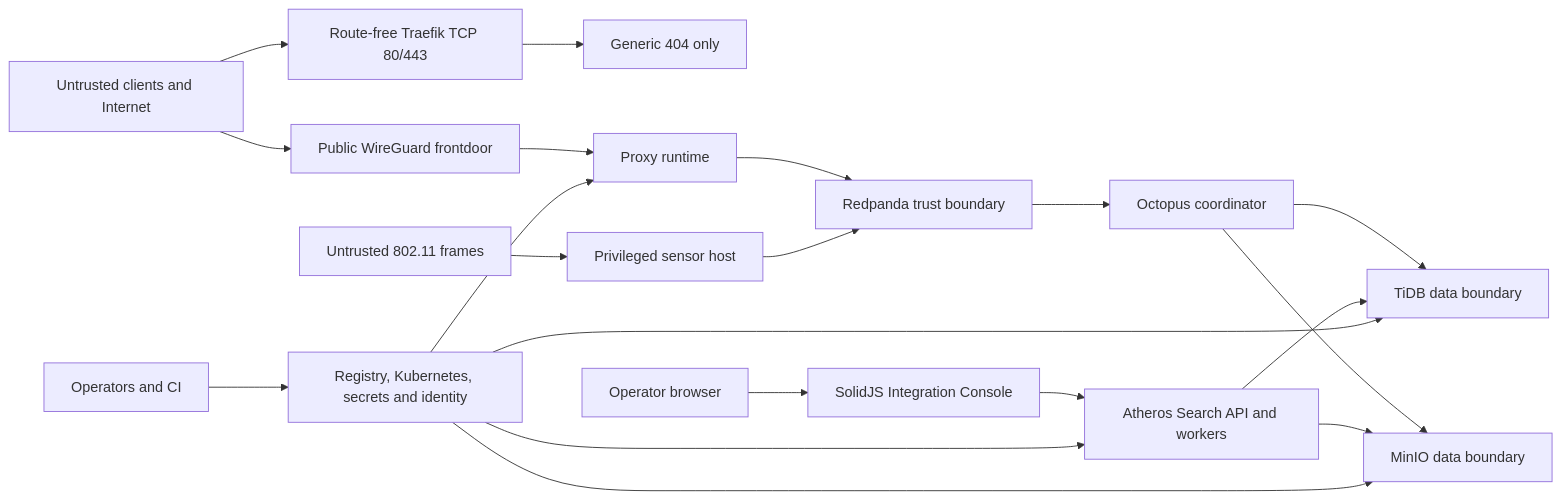
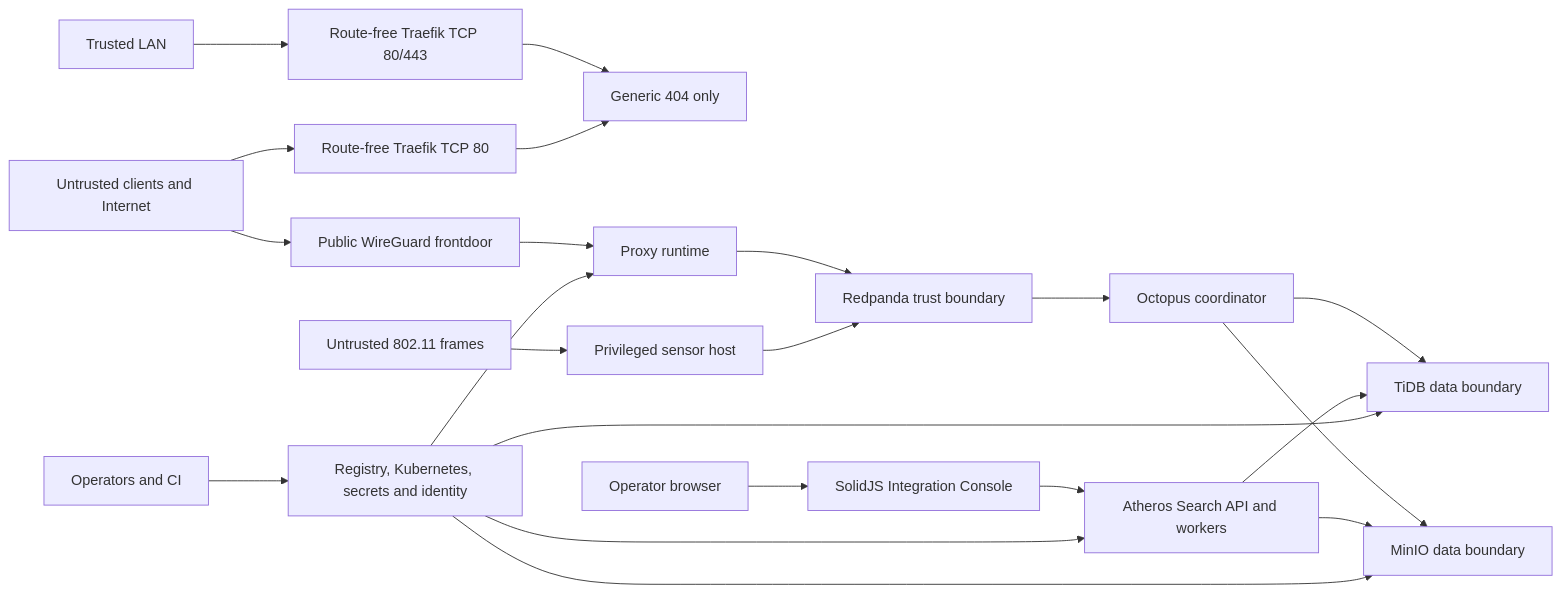
The diagram in docs/threat-model.md (zlovtnik/ssl-proxy), drawn with Mermaid before and after one commit. The commit also changed other lines of this file and 23 other files, not shown here.

````diff
--- a/docs/threat-model.md
+++ b/docs/threat-model.md
@@ -20,22 +20,24 @@
 ```mermaid
 flowchart LR
     internet[Untrusted clients and Internet] --> wg[Public WireGuard frontdoor]
-    internet --> edge[Route-free Traefik TCP 80/443]
+    internet --> edge[Route-free Traefik TCP 80]
+    lan[Trusted LAN] --> edgeLan[Route-free Traefik TCP 80/443]
+    edgeLan --> deny
     edge --> deny[Generic 404 only]
     wg --> proxy[Proxy runtime]
     radio[Untrusted 802.11 frames] --> sensor[Privileged sensor host]
     proxy --> redpanda[Redpanda trust boundary]
     sensor --> redpanda
     redpanda --> octopus[Octopus coordinator]
     octopus --> tidb[TiDB data boundary]
     octopus --> minio[MinIO data boundary]
     search[Atheros Search API and workers] --> tidb
     search --> minio
     browser[Operator browser] --> ui[SolidJS Integration Console]
     ui --> search
     operators[Operators and CI] --> control[Registry, Kubernetes, secrets and identity]
     control --> proxy
     control --> tidb
     control --> search
     control --> minio
 ```
````
